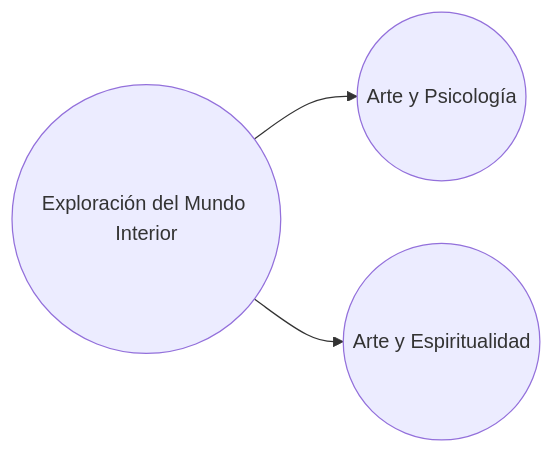
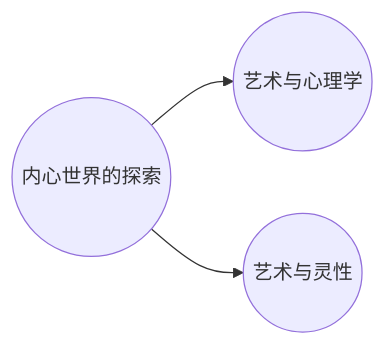
One commit to EGGS-Artesvisuales/EGGS-Artesvisuales.github.io changed the third of 3 diagrams in CHN/diagrama.md. Above: the diagram before and after it, drawn with Mermaid. The commit also changed other lines of this file and 43 other files, not shown here.

```diff
--- a/CHN/diagrama.md
+++ b/CHN/diagrama.md
@@ -199,12 +199,12 @@
 <div class="mermaid">
 graph LR
-  C((Exploración del Mundo Interior)) --> C1((Arte y Psicología))
-  C --> C2((Arte y Espiritualidad))
+  C((内心世界的探索)) --> C1((艺术与心理学))
+  C --> C2((艺术与灵性))
 
-  %% Enlaces (existentes)
-  click C "interior.html" "Ir a Exploración del Mundo Interior"
+  %% Enlaces (现存的)
+  click C "interior.html" "走进内心世界的探索"
 
   %% Enlaces (no existentes aún -> en construcción)
-  click C1 "en-construccion.html" "En construcción"
-  click C2 "en-construccion.html" "En construcción"
+  click C1 "en-construccion.html" "建设中"
+  click C2 "en-construccion.html" "建设中"
 </div>
```
